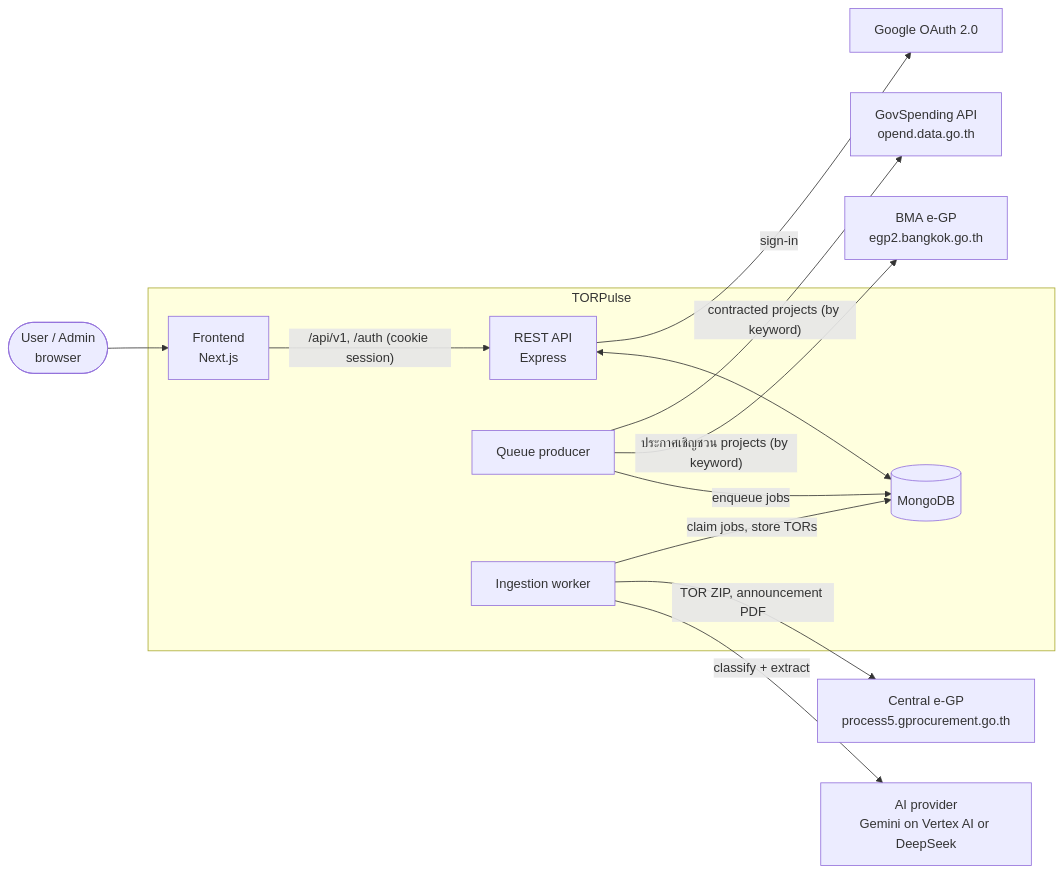
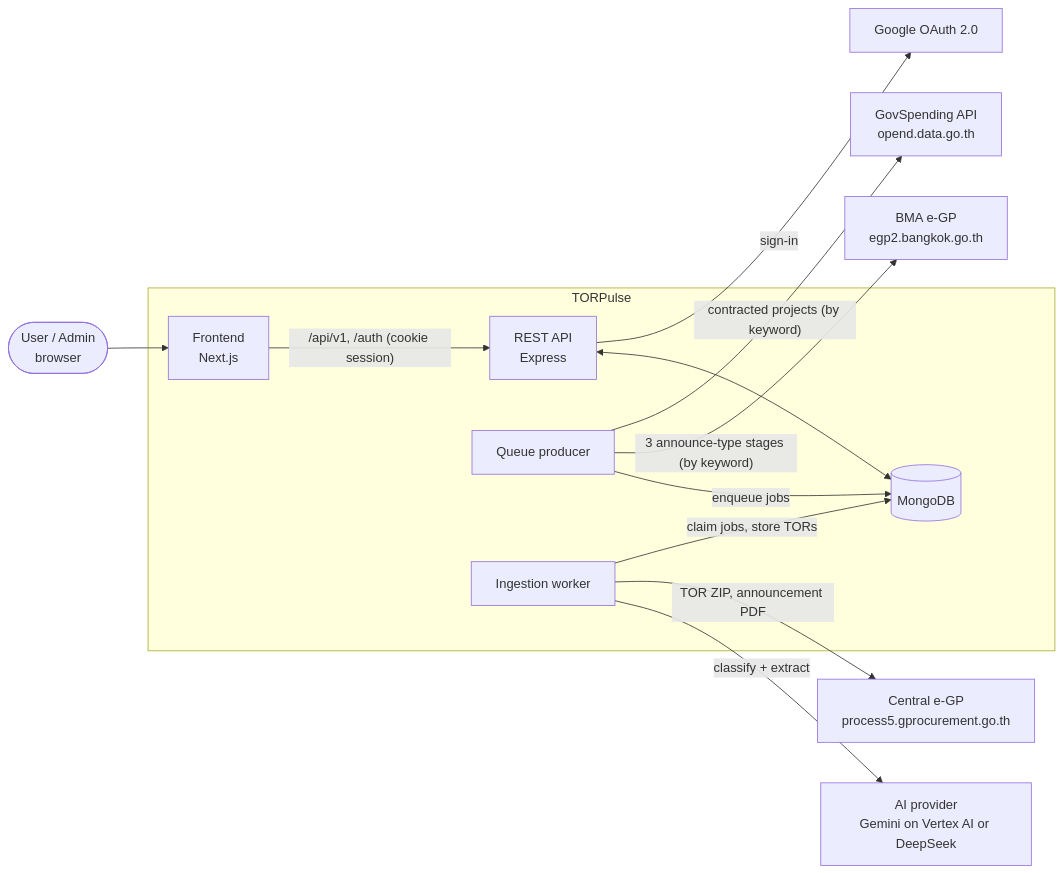
Before and after one commit to Doggo-CSP/TORPulse: the first of 5 diagrams in docs/system-architecture.md, drawn with Mermaid. The commit also changed other lines of this file and 22 other files, not shown here.

````diff
--- a/docs/system-architecture.md
+++ b/docs/system-architecture.md
@@ -7,29 +7,29 @@
 ```mermaid
 flowchart LR
   user([User / Admin<br/>browser])
 
   subgraph torpulse[TORPulse]
     fe[Frontend<br/>Next.js]
     api[REST API<br/>Express]
     producer[Queue producer]
     worker[Ingestion worker]
     db[(MongoDB)]
   end
 
   google[Google OAuth 2.0]
   gov[GovSpending API<br/>opend.data.go.th]
   bma[BMA e-GP<br/>egp2.bangkok.go.th]
   egp[Central e-GP<br/>process5.gprocurement.go.th]
   ai[AI provider<br/>Gemini on Vertex AI or DeepSeek]
 
   user --> fe
   fe -- "/api/v1, /auth (cookie session)" --> api
   api -- sign-in --> google
   api <--> db
   producer -- "contracted projects (by keyword)" --> gov
-  producer -- "ประกาศเชิญชวน projects (by keyword)" --> bma
+  producer -- "3 announce-type stages (by keyword)" --> bma
   producer -- enqueue jobs --> db
   worker -- "claim jobs, store TORs" --> db
   worker -- "TOR ZIP, announcement PDF" --> egp
   worker -- classify + extract --> ai
 ```
````
